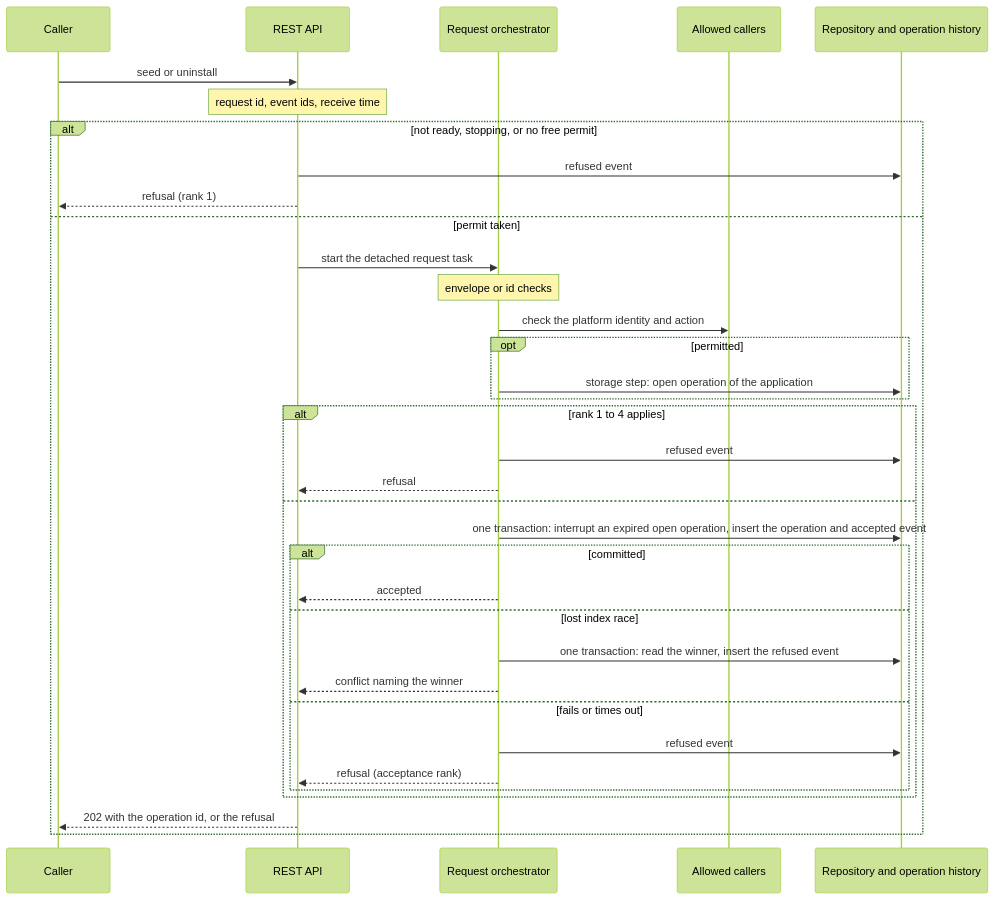
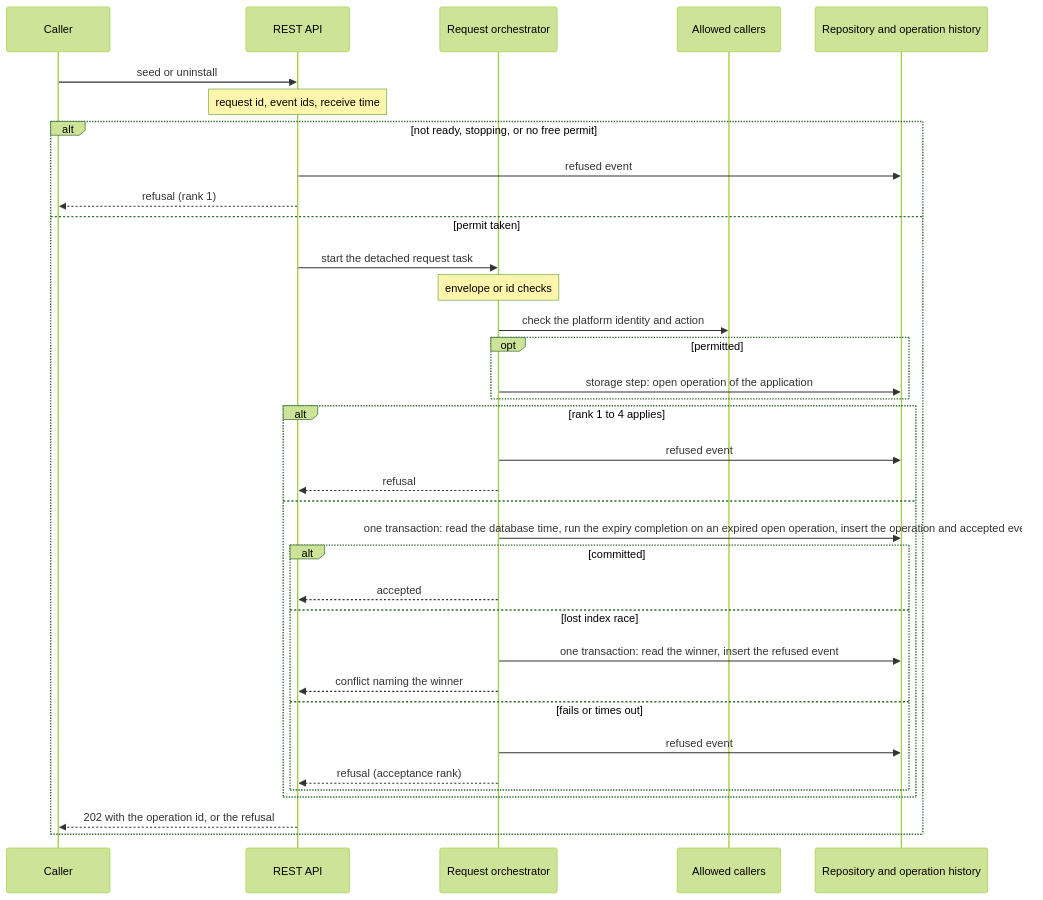
The fourth of 6 diagrams in gears/system/application-manager/docs/DESIGN.md (CommName/gears-rust), drawn with Mermaid (forest theme) before and after one commit. The commit also changed other lines of this file and 3 other files, not shown here.

````diff
--- a/gears/system/application-manager/docs/DESIGN.md
+++ b/gears/system/application-manager/docs/DESIGN.md
@@ -591,37 +588,37 @@
 ```mermaid
 sequenceDiagram
     participant C as Caller
     participant API as REST API
     participant O as Request orchestrator
     participant AC as Allowed callers
     participant R as Repository and operation history
     C ->> API: seed or uninstall
     Note over API: request id, event ids, receive time
     alt not ready, stopping, or no free permit
         API ->> R: refused event
         API -->> C: refusal (rank 1)
     else permit taken
         API ->> O: start the detached request task
         Note over O: envelope or id checks
         O ->> AC: check the platform identity and action
         opt permitted
             O ->> R: storage step: open operation of the application
         end
         alt rank 1 to 4 applies
             O ->> R: refused event
             O -->> API: refusal
         else
-            O ->> R: one transaction: interrupt an expired open operation, insert the operation and accepted event
+            O ->> R: one transaction: read the database time, run the expiry completion on an expired open operation, insert the operation and accepted event
             alt committed
                 O -->> API: accepted
             else lost index race
                 O ->> R: one transaction: read the winner, insert the refused event
                 O -->> API: conflict naming the winner
             else fails or times out
                 O ->> R: refused event
                 O -->> API: refusal (acceptance rank)
             end
         end
         API -->> C: 202 with the operation id, or the refusal
     end
 ```
````
